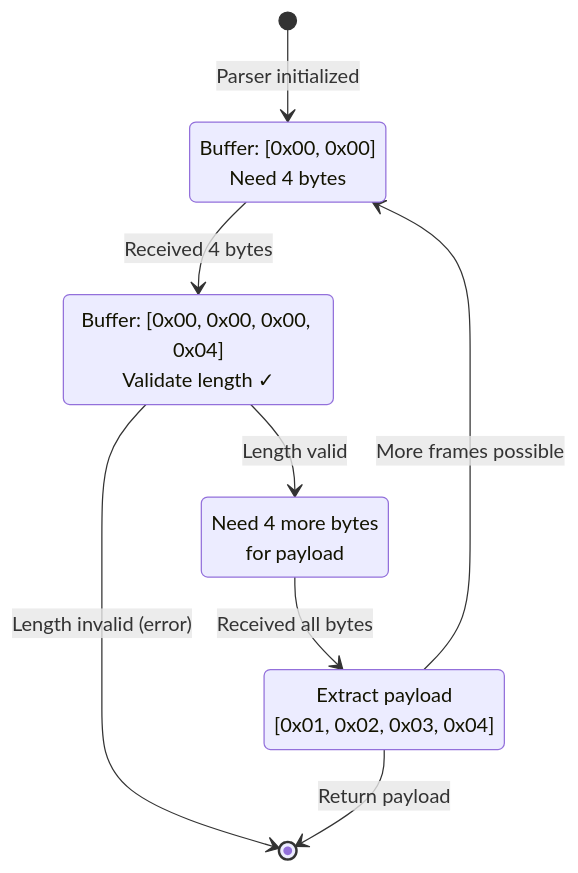
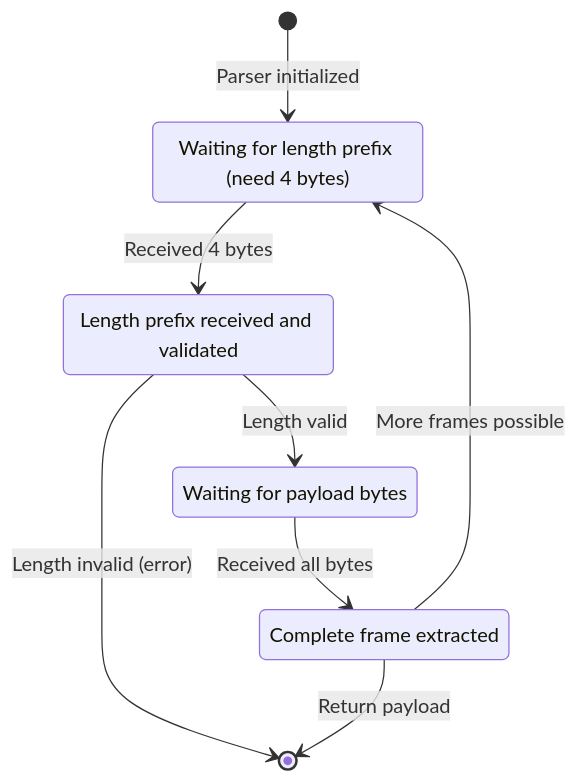
One commit to Mikedan37/BlazeBinary changed diagram 18 of 19 in README.md. Above: the diagram before and after it, drawn with Mermaid. The commit also changed other lines of this file and 11 other files, not shown here.

First line of the commit message:
Improve Mermaid diagrams and code display formatting

````diff
--- a/README.md
+++ b/README.md
@@ -572,14 +572,15 @@
 ```mermaid
 stateDiagram-v2
     [*] --> WaitingLength: Parser initialized
-    WaitingLength: Buffer: [0x00, 0x00]<br/>Need 4 bytes
     WaitingLength --> LengthComplete: Received 4 bytes
-    LengthComplete: Buffer: [0x00, 0x00, 0x00, 0x04]<br/>Validate length ✓
     LengthComplete --> WaitingPayload: Length valid
     LengthComplete --> [*]: Length invalid (error)
-    WaitingPayload: Need 4 more bytes<br/>for payload
     WaitingPayload --> FrameComplete: Received all bytes
-    FrameComplete: Extract payload<br/>[0x01, 0x02, 0x03, 0x04]
     FrameComplete --> [*]: Return payload
     FrameComplete --> WaitingLength: More frames possible
+    
+    WaitingLength: Waiting for length prefix (need 4 bytes)
+    LengthComplete: Length prefix received and validated
+    WaitingPayload: Waiting for payload bytes
+    FrameComplete: Complete frame extracted
 ```
````
